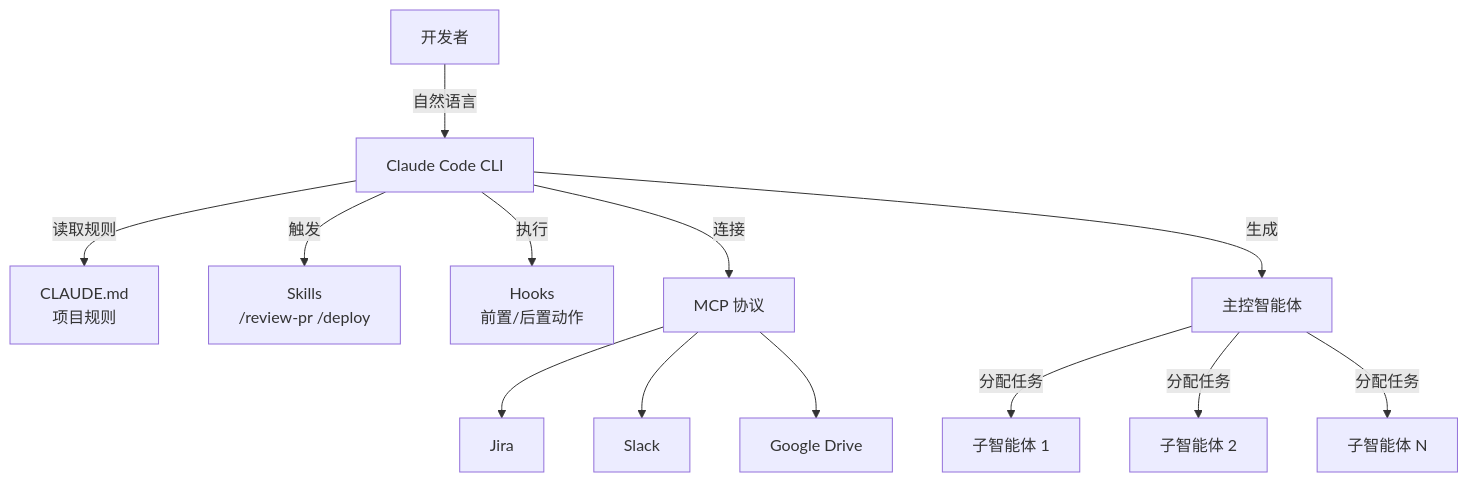
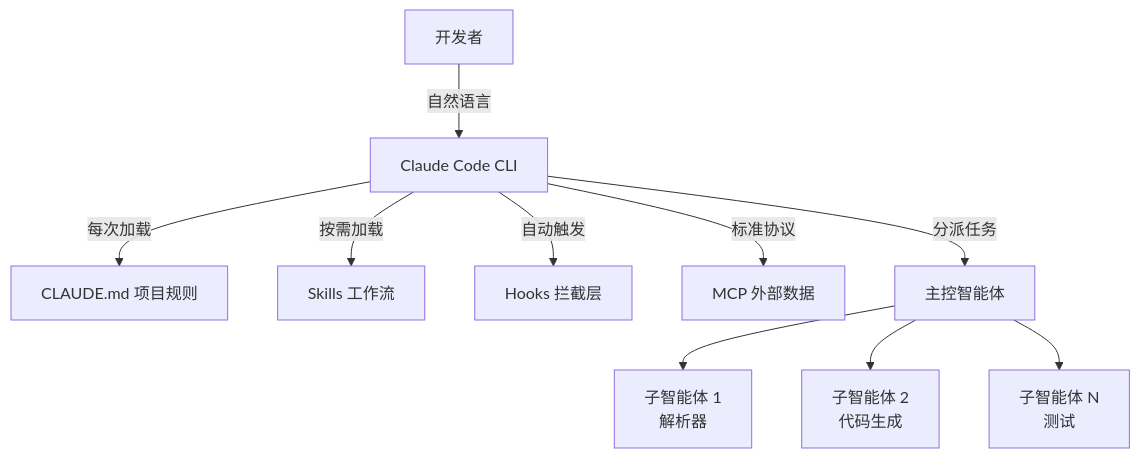
One commit to morphph/loreai-v2 changed the diagram in content/blog/zh/claude-code-extension-stack-skills-hooks-agents-mcp.md. Above: the diagram before and after it, drawn with Mermaid. The commit also changed other lines of this file and 7 other files, not shown here.

First line of the commit message:
🎨 Add GFM table + Mermaid rendering, expand ZH topic blog

````diff
--- a/content/blog/zh/claude-code-extension-stack-skills-hooks-agents-mcp.md
+++ b/content/blog/zh/claude-code-extension-stack-skills-hooks-agents-mcp.md
@@ -49,15 +60,12 @@
 ```mermaid
 graph TD
     DEV["开发者"] -->|自然语言| CLI["Claude Code CLI"]
-    CLI -->|读取规则| CMD["CLAUDE.md<br/>项目规则"]
-    CLI -->|触发| SK["Skills<br/>/review-pr /deploy"]
-    CLI -->|执行| HK["Hooks<br/>前置/后置动作"]
-    CLI -->|连接| MCP_P["MCP 协议"]
-    CLI -->|生成| LEAD["主控智能体"]
-    LEAD -->|分配任务| SA1["子智能体 1"]
-    LEAD -->|分配任务| SA2["子智能体 2"]
-    LEAD -->|分配任务| SA3["子智能体 N"]
-    MCP_P --> JIRA["Jira"]
-    MCP_P --> SLACK["Slack"]
-    MCP_P --> GD["Google Drive"]
+    CLI -->|每次加载| CMD["CLAUDE.md 项目规则"]
+    CLI -->|按需加载| SK["Skills 工作流"]
+    CLI -->|自动触发| HK["Hooks 拦截层"]
+    CLI -->|标准协议| MCP_P["MCP 外部数据"]
+    CLI -->|分派任务| LEAD["主控智能体"]
+    LEAD --> SA1["子智能体 1<br/>解析器"]
+    LEAD --> SA2["子智能体 2<br/>代码生成"]
+    LEAD --> SA3["子智能体 N<br/>测试"]
 ```
````
